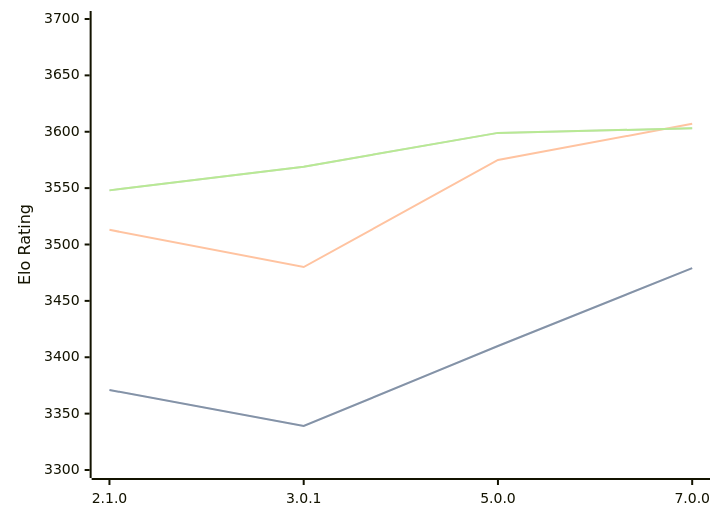
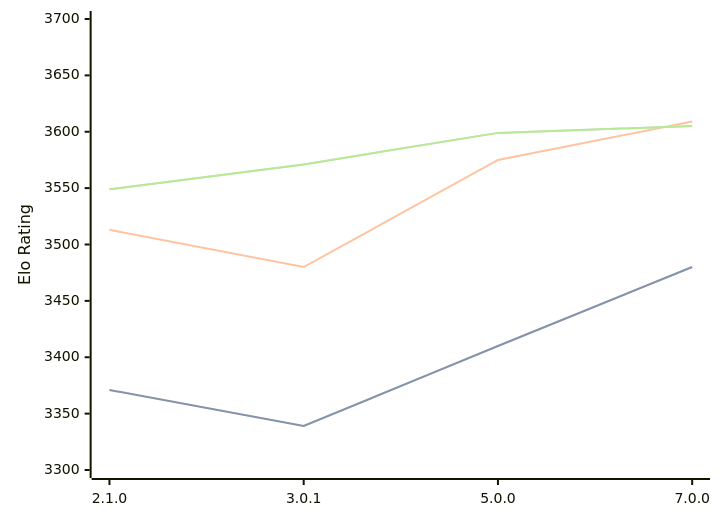
One commit to computer-chess-index/cci changed the diagram in engines/PlentyChess.md. Above: the diagram before and after it, drawn with Mermaid. The commit also changed other lines of this file, not shown here.

Commit message:
Update CCI Ratings (ELO VLTC) - 2026-05-04

````diff
--- a/engines/PlentyChess.md
+++ b/engines/PlentyChess.md
@@ -45,11 +45,11 @@
 ```mermaid
 %%{init: {"theme":"base","themeVariables":{"seriesColors:['#a3a3a3','#222221','#faa371']}}}%%
 xychart-beta
   x-axis ["2.1.0", "3.0.1", "5.0.0", "7.0.0"]
   y-axis "Elo Rating" 3300 --> 3700
-  line "STC (8.0+0.08s)" [3371, 3339, 3410, 3479]
-  line "STC (8.0+0.08s)" [3371, 3339, 3410, 3479]
-  line "LTC (60.0+0.60s)" [3513, 3480, 3575, 3607]
-  line "VLTC (2m24s+1.12s)" [3548, 3569, 3599, 3603]
-  line "VLTC (2m24s+1.12s)" [3548, 3569, 3599, 3603]
+  line "STC (8.0+0.08s)" [3371, 3339, 3410, 3480]
+  line "STC (8.0+0.08s)" [3371, 3339, 3410, 3480]
+  line "LTC (60.0+0.60s)" [3513, 3480, 3575, 3609]
+  line "VLTC (2m24s+1.12s)" [3549, 3571, 3599, 3605]
+  line "VLTC (2m24s+1.12s)" [3549, 3571, 3599, 3605]
 ```
````
